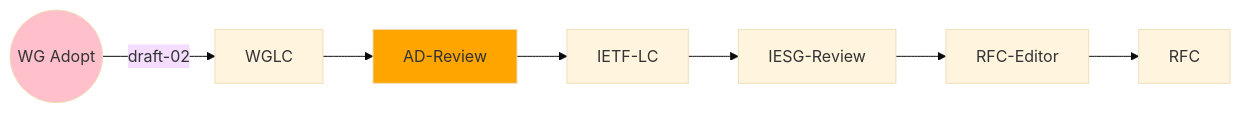
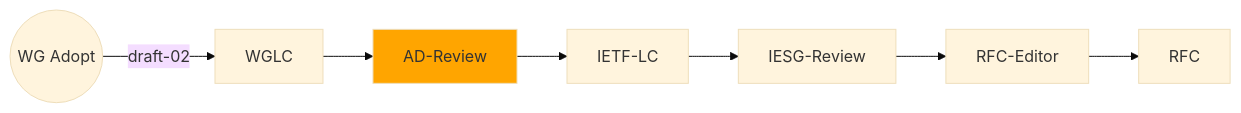
One commit to ietf-wg-httpapi/ietf-wg-httpapi.github.io changed the seventh of 8 diagrams in index.md. Above: the diagram before and after it, drawn with Mermaid (base theme). The commit also changed other lines of this file, not shown here.

Commit message:
Updated mermaid diagrams

````diff
--- a/index.md
+++ b/index.md
@@ -119,14 +118,13 @@
 ```mermaid
 graph LR
     classDef current fill:orange
     classDef lastIETF fill:pink
 
     WG-Adopt((WG Adopt)) --draft-02--> WGLC
-    class WG-Adopt lastIETF
     WGLC --> AD-Review
     class AD-Review current
     AD-Review --> IETF-LC
     IETF-LC --> IESG-Review
     IESG-Review --> RFC-Editor
     RFC-Editor --> RFC    
 ```
````
